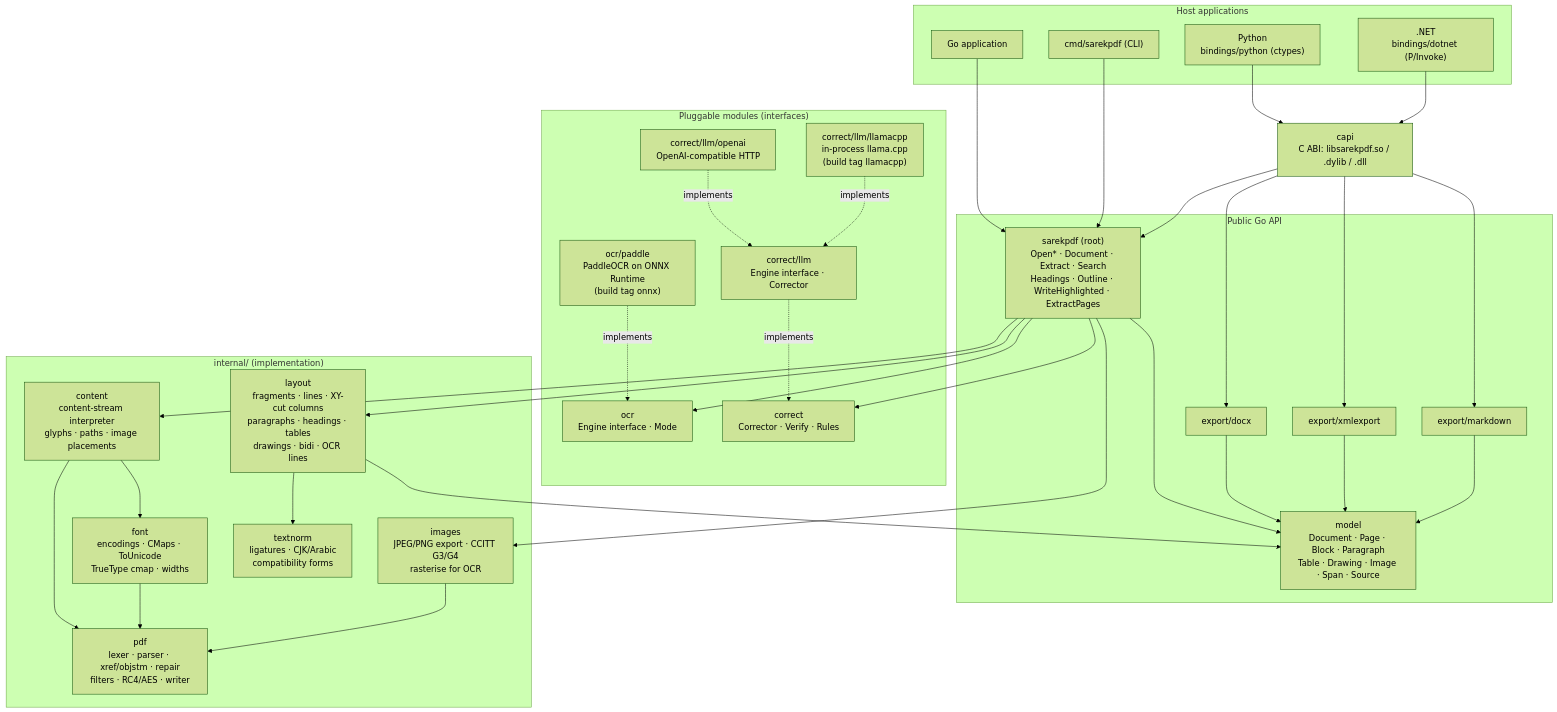
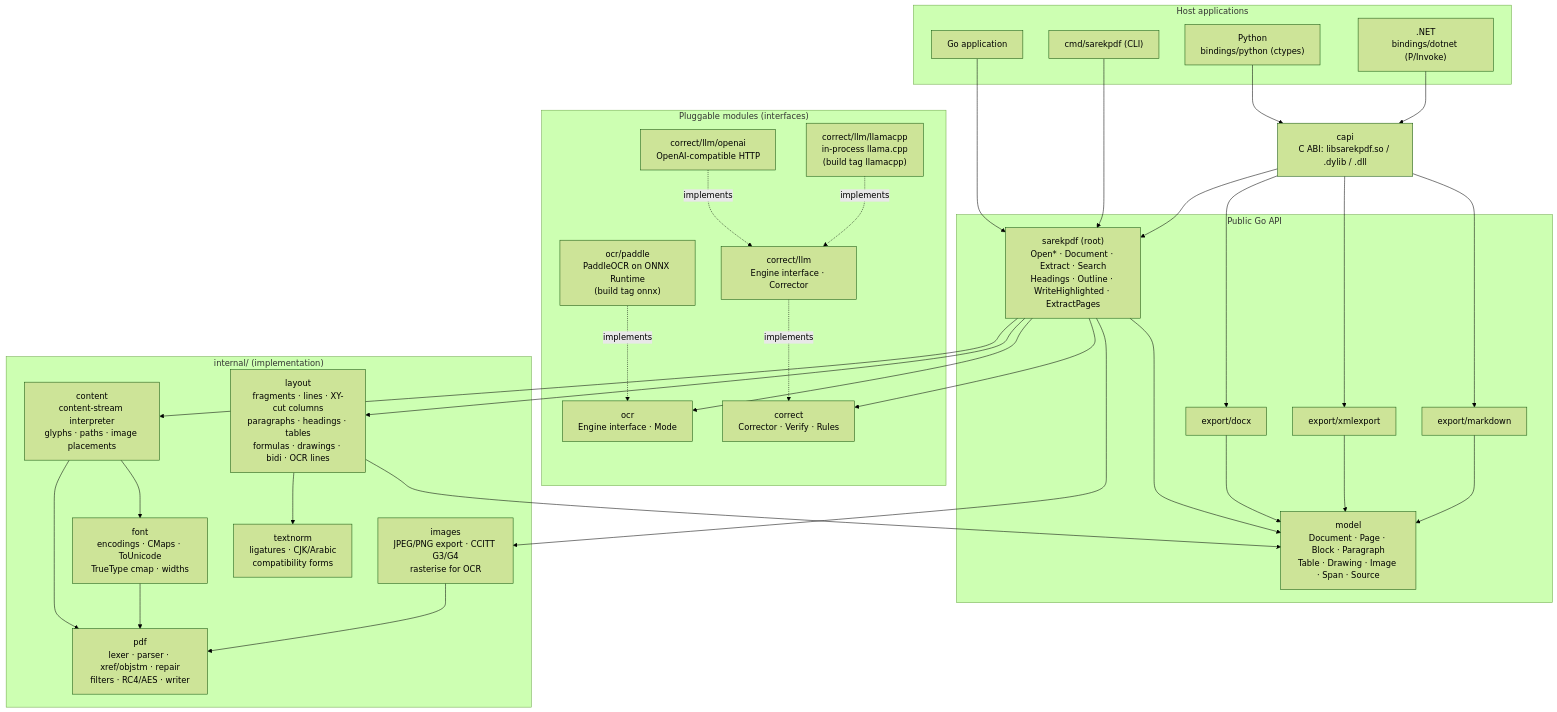
Before and after one commit to khanshahan/sarek_pdf: the first of 9 diagrams in docs/architecture.md, drawn with Mermaid (forest theme). The commit also changed other lines of this file and 22 other files, not shown here.

````diff
--- a/docs/architecture.md
+++ b/docs/architecture.md
@@ -22,67 +22,67 @@
 ```mermaid
 flowchart TB
     subgraph Hosts["Host applications"]
         GOAPP["Go application"]
         PY["Python<br/>bindings/python (ctypes)"]
         NET[".NET<br/>bindings/dotnet (P/Invoke)"]
         CLI["cmd/sarekpdf (CLI)"]
     end
 
     CAPI["capi<br/>C ABI: libsarekpdf.so / .dylib / .dll"]
 
     subgraph Public["Public Go API"]
         ROOT["sarekpdf (root)<br/>Open* · Document · Extract · Search<br/>Headings · Outline · WriteHighlighted · ExtractPages"]
         MODEL["model<br/>Document · Page · Block · Paragraph<br/>Table · Drawing · Image · Span · Source"]
         DOCX["export/docx"]
         XML["export/xmlexport"]
         MD["export/markdown"]
     end
 
     subgraph Plug["Pluggable modules (interfaces)"]
         OCRI["ocr<br/>Engine interface · Mode"]
         PADDLE["ocr/paddle<br/>PaddleOCR on ONNX Runtime<br/>(build tag onnx)"]
         CORR["correct<br/>Corrector · Verify · Rules"]
         LLM["correct/llm<br/>Engine interface · Corrector"]
         OAI["correct/llm/openai<br/>OpenAI-compatible HTTP"]
         LCPP["correct/llm/llamacpp<br/>in-process llama.cpp<br/>(build tag llamacpp)"]
     end
 
     subgraph Internal["internal/ (implementation)"]
-        LAYOUT["layout<br/>fragments · lines · XY-cut columns<br/>paragraphs · headings · tables<br/>drawings · bidi · OCR lines"]
+        LAYOUT["layout<br/>fragments · lines · XY-cut columns<br/>paragraphs · headings · tables<br/>formulas · drawings · bidi · OCR lines"]
         CONTENT["content<br/>content-stream interpreter<br/>glyphs · paths · image placements"]
         FONT["font<br/>encodings · CMaps · ToUnicode<br/>TrueType cmap · widths"]
         IMAGES["images<br/>JPEG/PNG export · CCITT G3/G4<br/>rasterise for OCR"]
         TEXTNORM["textnorm<br/>ligatures · CJK/Arabic<br/>compatibility forms"]
         PDF["pdf<br/>lexer · parser · xref/objstm · repair<br/>filters · RC4/AES · writer"]
     end
 
     GOAPP --> ROOT
     CLI --> ROOT
     PY --> CAPI
     NET --> CAPI
     CAPI --> ROOT
     CAPI --> DOCX
     CAPI --> XML
     CAPI --> MD
 
     ROOT --> MODEL
     DOCX --> MODEL
     XML --> MODEL
     MD --> MODEL
     ROOT --> OCRI
     ROOT --> CORR
     PADDLE -. implements .-> OCRI
     LLM -. implements .-> CORR
     OAI -. implements .-> LLM
     LCPP -. implements .-> LLM
 
     ROOT --> LAYOUT
     ROOT --> CONTENT
     ROOT --> IMAGES
     LAYOUT --> MODEL
     LAYOUT --> TEXTNORM
     CONTENT --> FONT
     CONTENT --> PDF
     FONT --> PDF
     IMAGES --> PDF
 ```
````
